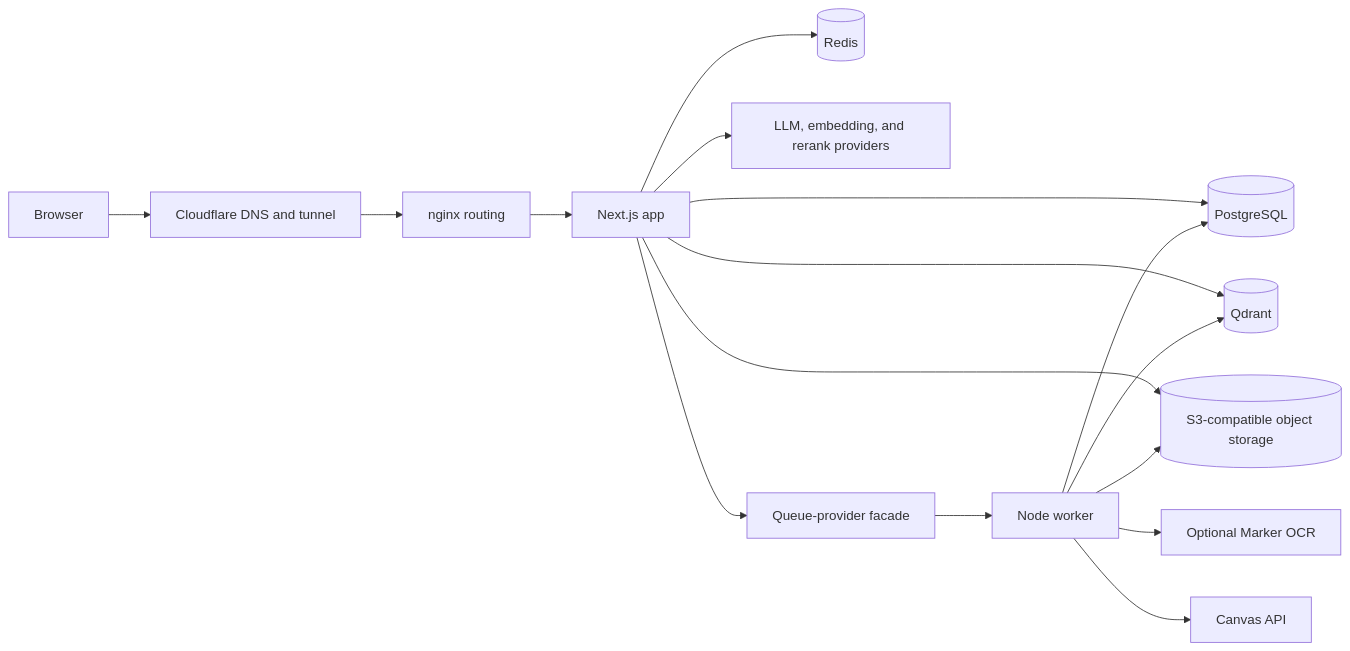
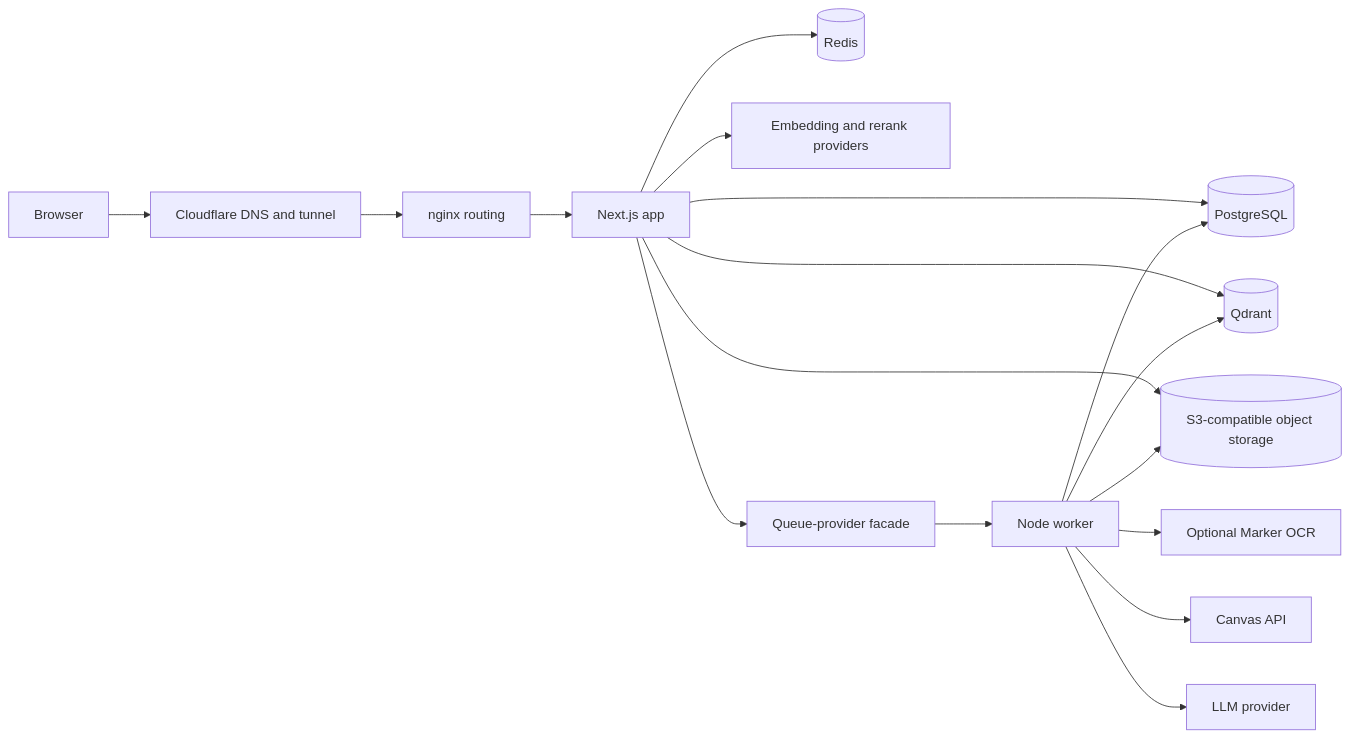
The diagram in docs/engineering/architecture.md (semyonfox/oghma), drawn with Mermaid before and after one commit. The commit also changed other lines of this file and 20 other files, not shown here.

````diff
--- a/docs/engineering/architecture.md
+++ b/docs/engineering/architecture.md
@@ -15,20 +15,21 @@
 ```mermaid
 flowchart LR
     Browser --> Edge[Cloudflare DNS and tunnel]
     Edge --> Nginx[nginx routing]
     Nginx --> App[Next.js app]
 
     App --> Postgres[(PostgreSQL)]
     App --> Redis[(Redis)]
     App --> Qdrant[(Qdrant)]
     App --> Objects[(S3-compatible object storage)]
-    App --> AI[LLM, embedding, and rerank providers]
+    App --> AI[Embedding and rerank providers]
 
     App --> Queue[Queue-provider facade]
     Queue --> Worker[Node worker]
     Worker --> Postgres
     Worker --> Qdrant
     Worker --> Objects
     Worker --> OCR[Optional Marker OCR]
     Worker --> Canvas[Canvas API]
+    Worker --> LLM[LLM provider]
 ```
````
